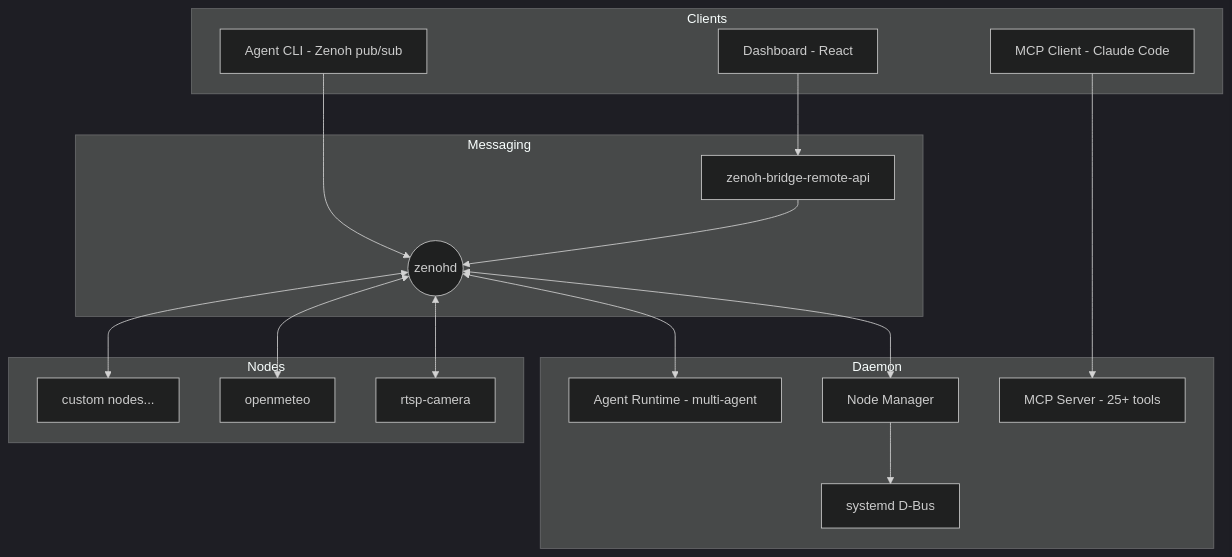
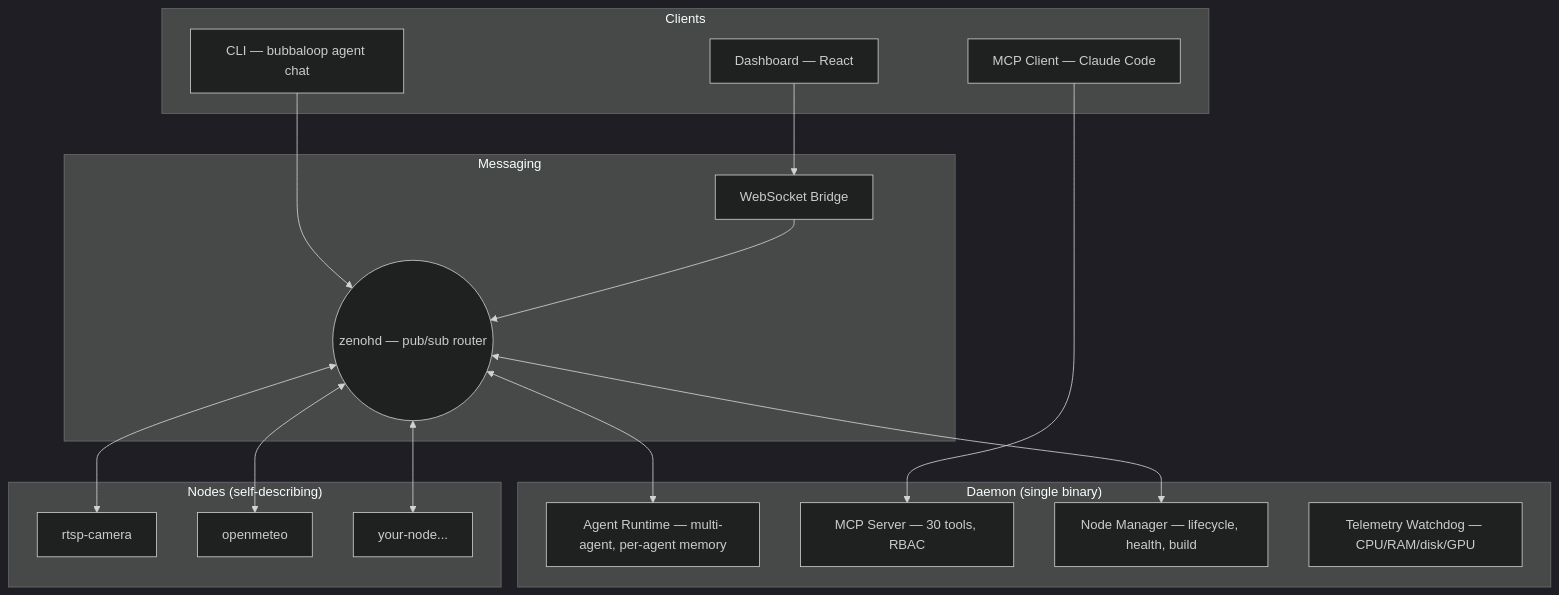
One commit to kornia/bubbaloop changed the diagram in docs/index.md. Above: the diagram before and after it, drawn with Mermaid (dark theme). The commit also changed other lines of this file and 15 other files, not shown here.

````diff
--- a/docs/index.md
+++ b/docs/index.md
@@ -40,36 +18,35 @@
 ```mermaid
 flowchart TB
     subgraph Clients
-        agent_cli[Agent CLI - Zenoh pub/sub]
-        dash[Dashboard - React]
-        mcp_client[MCP Client - Claude Code]
+        cli["CLI — bubbaloop agent chat"]
+        mcp_client["MCP Client — Claude Code"]
+        dash["Dashboard — React"]
+    end
+
+    subgraph "Daemon (single binary)"
+        runtime["Agent Runtime — multi-agent, per-agent memory"]
+        mcp["MCP Server — 30 tools, RBAC"]
+        nm["Node Manager — lifecycle, health, build"]
+        watchdog["Telemetry Watchdog — CPU/RAM/disk/GPU"]
     end
 
     subgraph Messaging
-        bridge[zenoh-bridge-remote-api]
-        zenohd((zenohd))
+        zenohd(("zenohd — pub/sub router"))
+        bridge["WebSocket Bridge"]
     end
 
-    subgraph Daemon
-        nm[Node Manager]
-        mcp[MCP Server - 25+ tools]
-        runtime[Agent Runtime - multi-agent]
-        sysd[systemd D-Bus]
+    subgraph "Nodes (self-describing)"
+        cam["rtsp-camera"]
+        weather["openmeteo"]
+        custom["your-node..."]
     end
 
-    subgraph Nodes
-        cam[rtsp-camera]
-        weather[openmeteo]
-        custom[custom nodes...]
-    end
-
-    agent_cli --> zenohd
+    cli --> zenohd
     mcp_client --> mcp
     dash --> bridge --> zenohd
+    zenohd <--> runtime
     zenohd <--> nm
-    zenohd <--> runtime
-    nm --> sysd
     zenohd <--> cam
     zenohd <--> weather
     zenohd <--> custom
 ```
````
